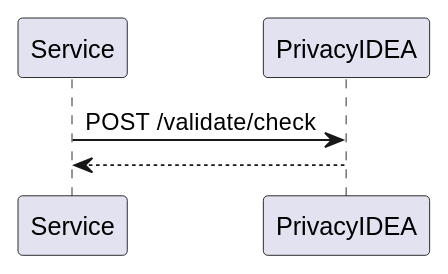
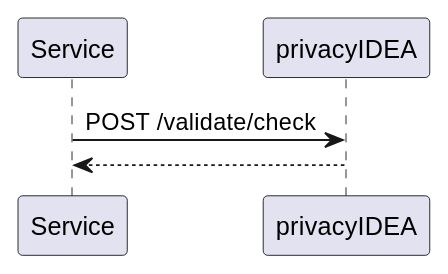
The first of 3 diagrams in doc/configuration/authentication_modes.rst (maxbeth/privacyidea), drawn with PlantUML before and after one commit. The commit also changed other lines of this file, not shown here.

First line of the commit message:
Add a short note what the service is.

```diff
--- a/doc/configuration/authentication_modes.rst
+++ b/doc/configuration/authentication_modes.rst
@@ -44,5 +44,5 @@
 .. uml::
   :width: 500
 
-  Service -> PrivacyIDEA: POST /validate/check
-  Service <-- PrivacyIDEA
+  Service -> privacyIDEA: POST /validate/check
+  Service <-- privacyIDEA
```
